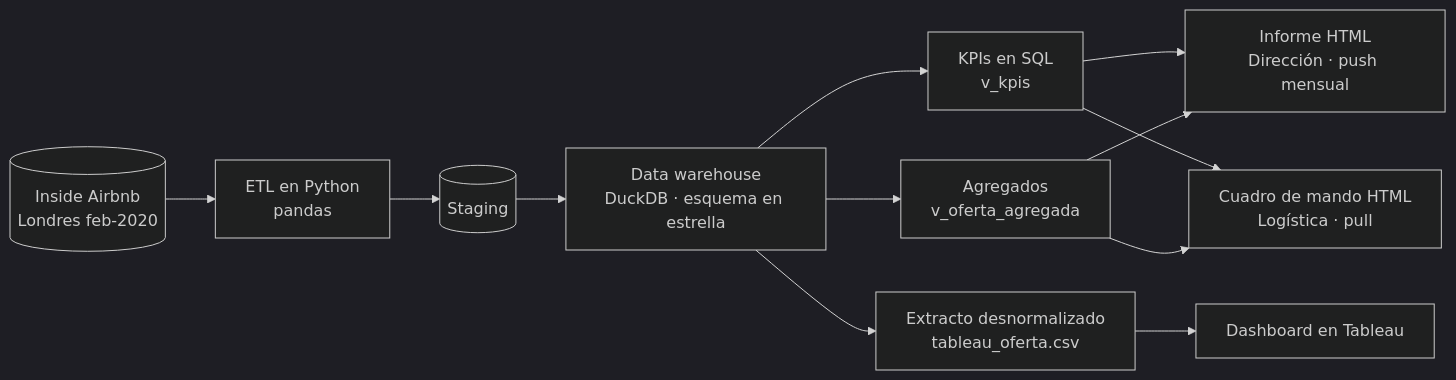
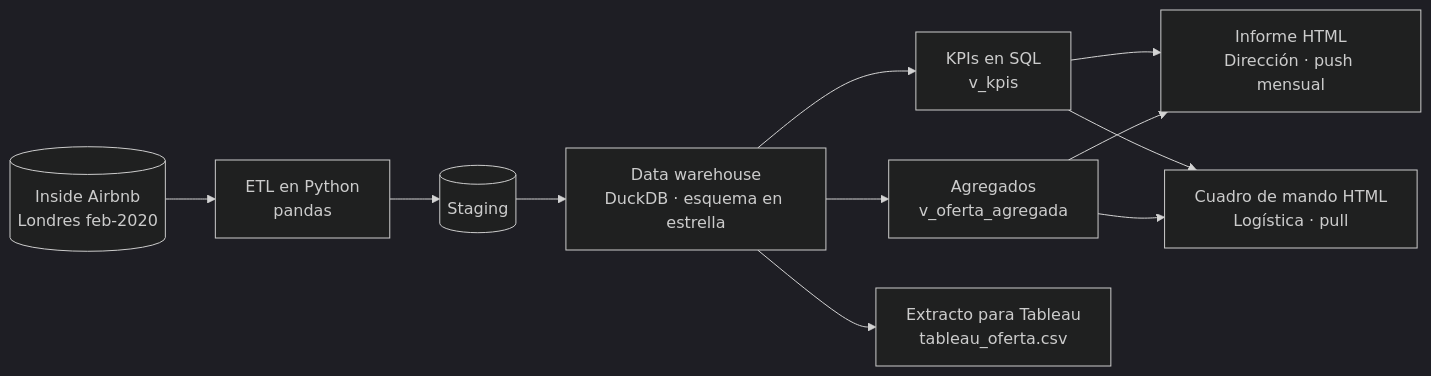
The diagram in README.md (brahimnr2003-beep/atlas-horizon-bi), drawn with Mermaid (dark theme) before and after one commit. The commit also changed other lines of this file, not shown here.

Commit message:
Ajustar la sección de Tableau del README

````diff
--- a/README.md
+++ b/README.md
@@ -58,12 +58,11 @@
 ```mermaid
 flowchart LR
     A[(Inside Airbnb<br>Londres feb-2020)] --> B[ETL en Python<br>pandas]
     B --> C[(Staging)]
     C --> D[Data warehouse<br>DuckDB · esquema en estrella]
     D --> E[KPIs en SQL<br>v_kpis]
     D --> F[Agregados<br>v_oferta_agregada]
     E & F --> G[Informe HTML<br>Dirección · push mensual]
     E & F --> H[Cuadro de mando HTML<br>Logística · pull]
-    D --> I[Extracto desnormalizado<br>tableau_oferta.csv]
-    I --> J[Dashboard en Tableau]
+    D --> I[Extracto para Tableau<br>tableau_oferta.csv]
 ```
````
